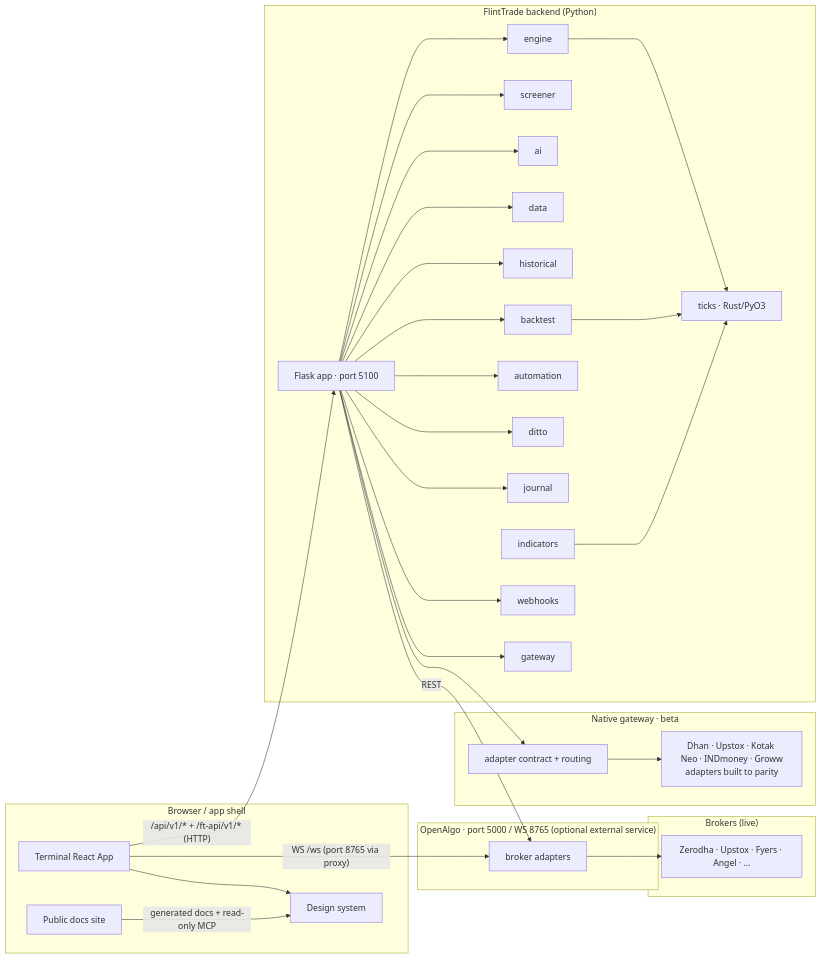
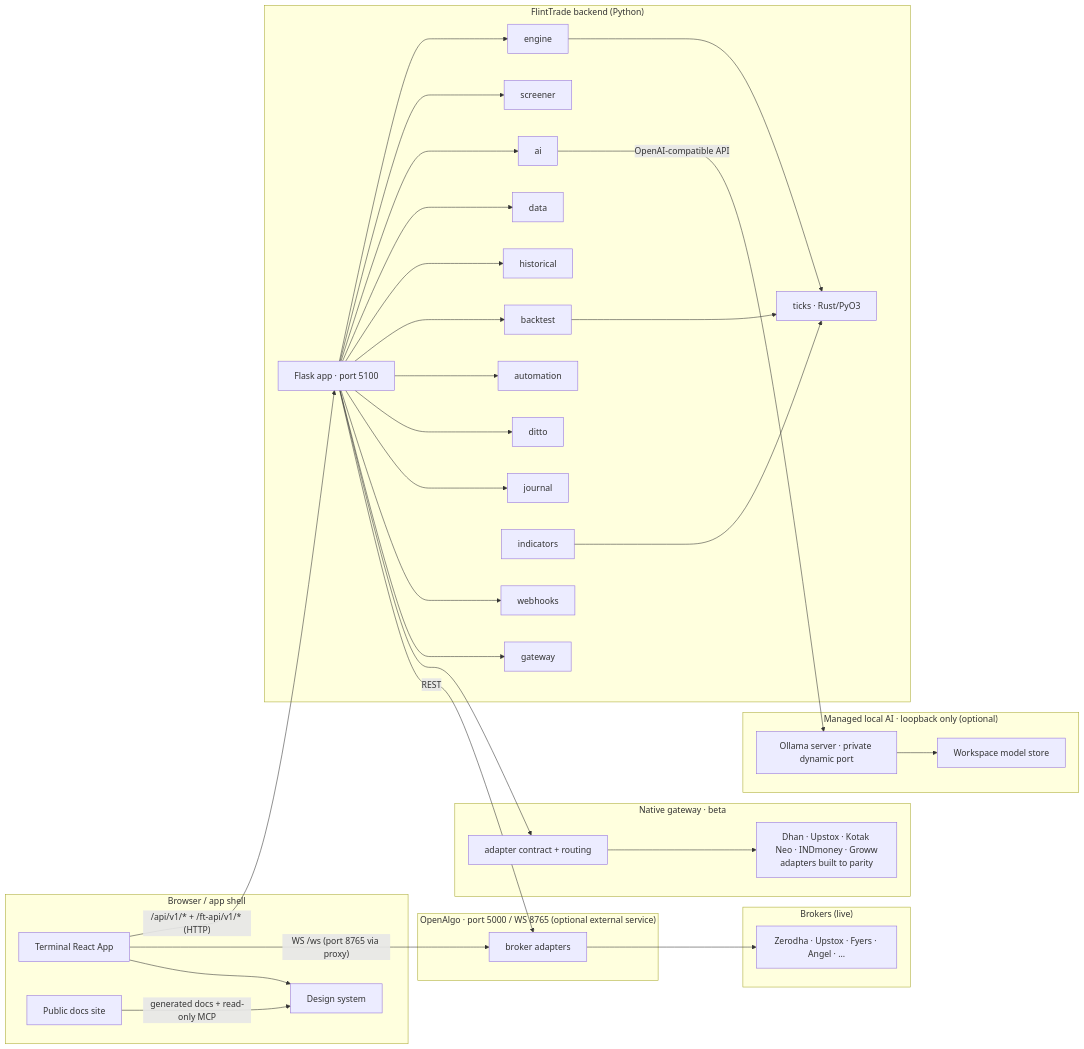
The first of 5 diagrams in docs/ARCHITECTURE.md (navaneeshnagarajan/FlintTrade), drawn with Mermaid before and after one commit. The commit also changed other lines of this file and 558 other files, not shown here.

````diff
--- a/docs/ARCHITECTURE.md
+++ b/docs/ARCHITECTURE.md
@@ -17,61 +17,68 @@
 ```mermaid
 flowchart LR
     subgraph Browser["Browser / app shell"]
         T[Terminal React App]
         SITE[Public docs site]
         DS[Design system]
     end
 
     subgraph Backend["FlintTrade backend (Python)"]
         F[Flask app · port 5100]
         E[engine]
         S[screener]
         AI[ai]
         D[data]
         H[historical]
         BT[backtest]
         AUT[automation]
         DIT[ditto]
         JNL[journal]
         IND[indicators]
         ING[webhooks]
         GW[gateway]
         TICK[ticks · Rust/PyO3]
     end
 
     subgraph NativeGateway["Native gateway · beta"]
         NGA[adapter contract + routing]
         DHAN[Dhan · Upstox · Kotak Neo · INDmoney · Groww<br/>adapters built to parity]
     end
 
     subgraph OpenAlgo["OpenAlgo · port 5000 / WS 8765 (optional external service)"]
         OA[broker adapters]
     end
 
+    subgraph LocalAI["Managed local AI · loopback only (optional)"]
+        OLL[Ollama server · private dynamic port]
+        MODELS[Workspace model store]
+        OLL --> MODELS
+    end
+
     subgraph Brokers["Brokers (live)"]
         B1[Zerodha · Upstox · Fyers · Angel · ...]
     end
 
     T -- "/api/v1/* + /ft-api/v1/* (HTTP)" --> F
     T -- "WS /ws (port 8765 via proxy)" --> OA
     SITE -- "generated docs + read-only MCP" --> DS
     T --> DS
     F --> E
     F --> S
     F --> AI
+    AI -- "OpenAI-compatible API" --> OLL
     F --> D
     F --> H
     F --> BT
     F --> AUT
     F --> DIT
     F --> JNL
     F --> ING
     F --> GW
     E --> TICK
     BT --> TICK
     IND --> TICK
     F --> NGA
     NGA --> DHAN
     F -- "REST" --> OA
     OA --> B1
 ```
````
